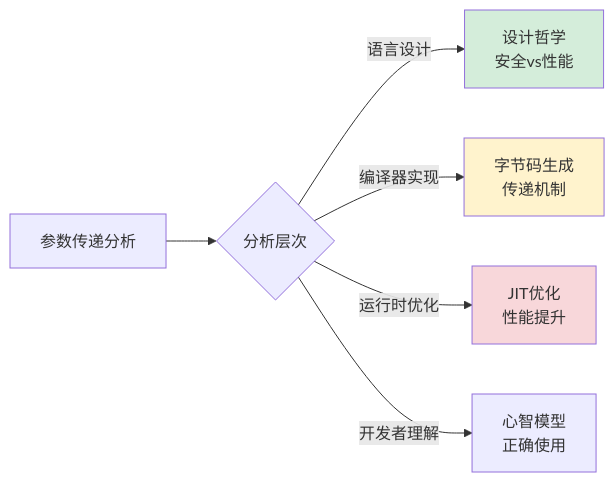
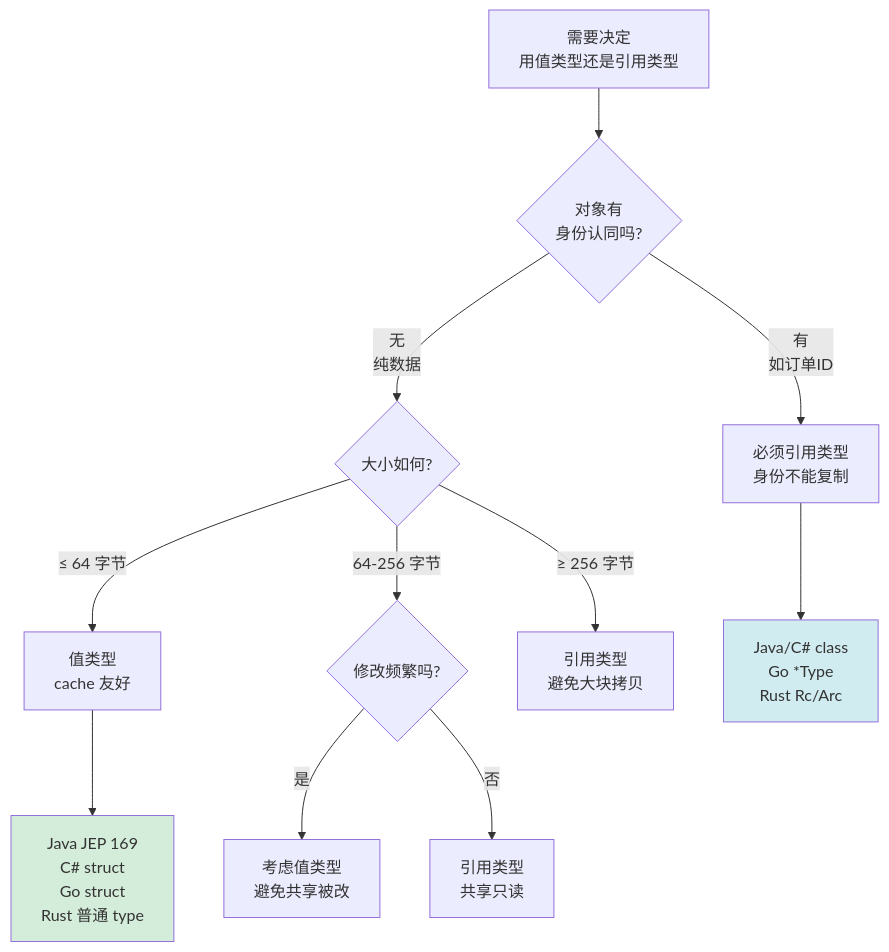
Before and after one commit to chongyang211/YCBookBlog: diagram 16 of 33 in 00.通用技术的提升/02.程序编程原理/03.值型变量和引用.md, drawn with Mermaid. The commit also changed other lines of this file and 6 other files, not shown here.

````diff
--- a/00.通用技术的提升/02.程序编程原理/03.值型变量和引用.md
+++ b/00.通用技术的提升/02.程序编程原理/03.值型变量和引用.md
@@ -702,12 +827,20 @@
 ```mermaid
-graph LR
-    A[参数传递分析] --> B{分析层次}
-    B -->|语言设计| C[设计哲学<br/>安全vs性能]
-    B -->|编译器实现| D[字节码生成<br/>传递机制]
-    B -->|运行时优化| E[JIT优化<br/>性能提升]
-    B -->|开发者理解| F[心智模型<br/>正确使用]
+flowchart TD
+    A[需要决定<br/>用值类型还是引用类型] --> B{对象有<br/>身份认同吗?}
     
-    style C fill:#d4edda
-    style D fill:#fff3cd
-    style E fill:#f8d7da
+    B -->|有<br/>如订单ID| C[必须引用类型<br/>身份不能复制]
+    B -->|无<br/>纯数据| D{大小如何?}
+    
+    D -->|≤ 64 字节| E[值类型<br/>cache 友好]
+    D -->|64-256 字节| F{修改频繁吗?}
+    D -->|≥ 256 字节| G[引用类型<br/>避免大块拷贝]
+    
+    F -->|是| H[考虑值类型<br/>避免共享被改]
+    F -->|否| I[引用类型<br/>共享只读]
+    
+    C --> Z[Java/C# class<br/>Go *Type<br/>Rust Rc/Arc]
+    E --> Y[Java JEP 169<br/>C# struct<br/>Go struct<br/>Rust 普通 type]
+
+    style Y fill:#d4edda
+    style Z fill:#d1ecf1
 ```
````
